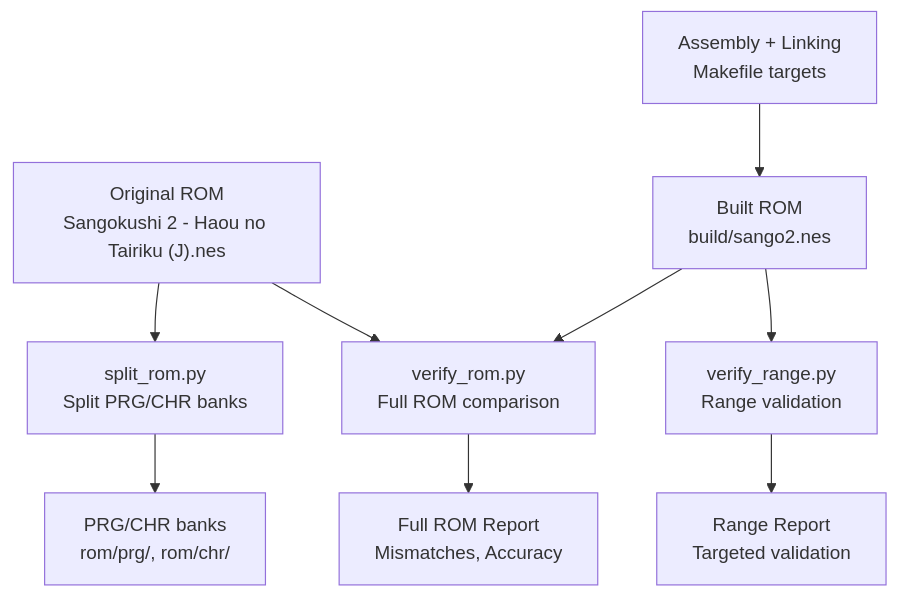
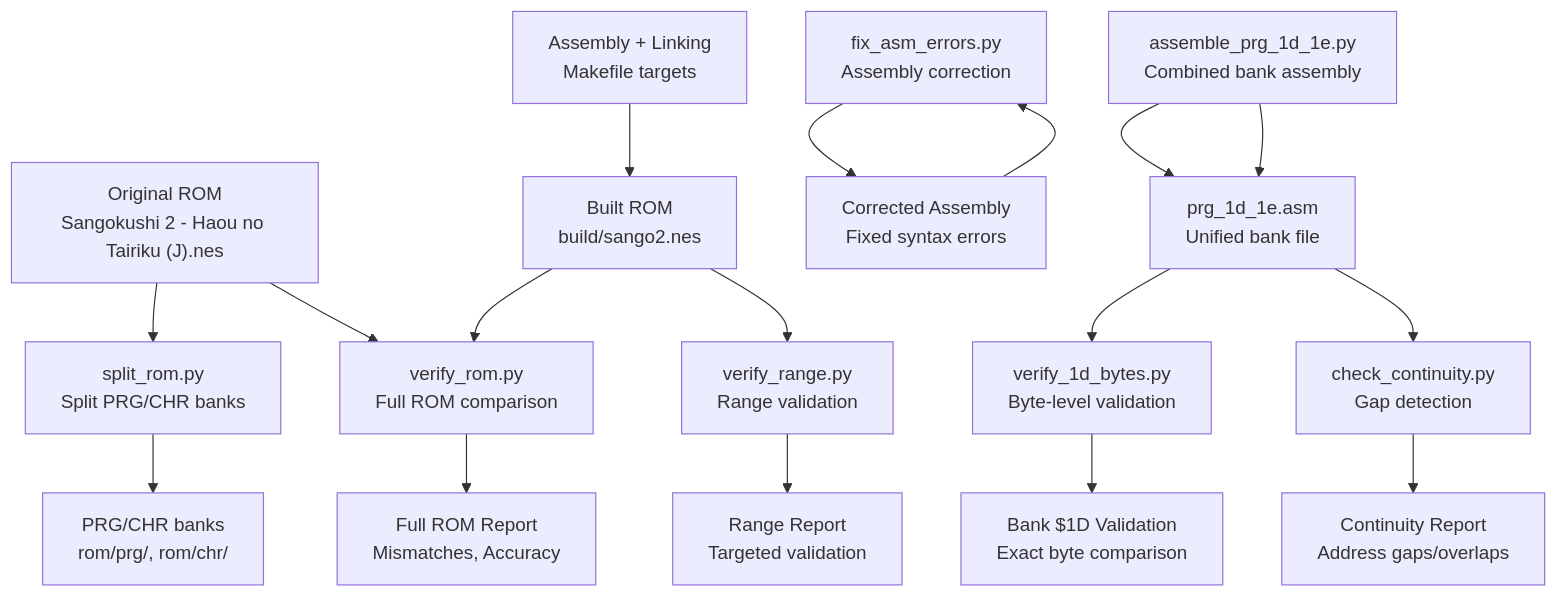
One commit to rabbyzero/sango2dasm changed the first of 12 diagrams in .qoder/repowiki/en/content/Build System and Tools/ROM Verification and Validation.md. Above: the diagram before and after it, drawn with Mermaid. The commit also changed other lines of this file and 15 other files, not shown here.

````diff
--- a/.qoder/repowiki/en/content/Build System and Tools/ROM Verification and Validation.md
+++ b/.qoder/repowiki/en/content/Build System and Tools/ROM Verification and Validation.md
@@ -53,11 +66,19 @@
 ```mermaid
 graph TB
 A["Original ROM<br/>Sangokushi 2 - Haou no Tairiku (J).nes"] --> B["split_rom.py<br/>Split PRG/CHR banks"]
 B --> C["PRG/CHR banks<br/>rom/prg/, rom/chr/"]
 D["Assembly + Linking<br/>Makefile targets"] --> E["Built ROM<br/>build/sango2.nes"]
 F["verify_rom.py<br/>Full ROM comparison"] --> G["Full ROM Report<br/>Mismatches, Accuracy"]
 H["verify_range.py<br/>Range validation"] --> I["Range Report<br/>Targeted validation"]
+J["verify_1d_bytes.py<br/>Byte-level validation"] --> K["Bank $1D Validation<br/>Exact byte comparison"]
+L["check_continuity.py<br/>Gap detection"] --> M["Continuity Report<br/>Address gaps/overlaps"]
+N["fix_asm_errors.py<br/>Assembly correction"] --> O["Corrected Assembly<br/>Fixed syntax errors"]
+P["assemble_prg_1d_1e.py<br/>Combined bank assembly"] --> Q["prg_1d_1e.asm<br/>Unified bank file"]
 E --> F
 A --> F
 E --> H
+Q --> J
+Q --> L
+O --> N
+P --> Q
 ```
````
